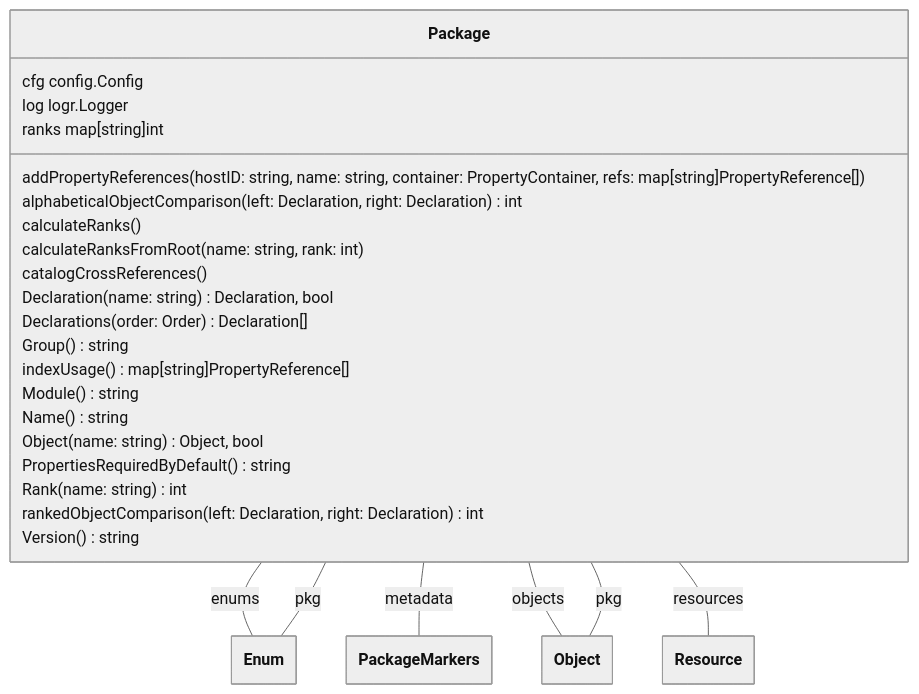
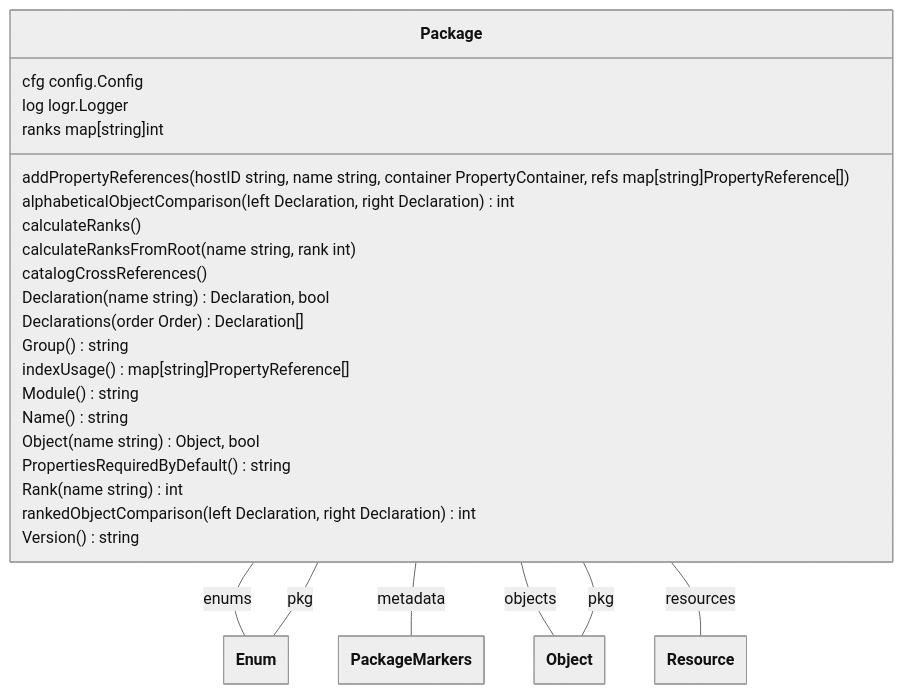
Before and after one commit to theunrepentantgeek/crddoc: the eighth of 17 diagrams in docs/model/model.md, drawn with Mermaid (neutral theme). The commit also changed other lines of this file, not shown here.

````diff
--- a/docs/model/model.md
+++ b/docs/model/model.md
@@ -430,48 +430,48 @@
 ```mermaid
 ---
   config:
     class:
       hideEmptyMembersBox: true
 ---
 classDiagram
 
 class Package["Package"]{  
       cfg config.Config  
       log logr.Logger  
       ranks map[string]int  
-      addPropertyReferences(hostID: string, name: string, container: PropertyContainer, refs: map[string]PropertyReference[])  
-      alphabeticalObjectComparison(left: Declaration, right: Declaration)int  
+      addPropertyReferences(hostID string, name string, container PropertyContainer, refs map[string]PropertyReference[])  
+      alphabeticalObjectComparison(left Declaration, right Declaration)int  
       calculateRanks()  
-      calculateRanksFromRoot(name: string, rank: int)  
+      calculateRanksFromRoot(name string, rank int)  
       catalogCrossReferences()  
-      Declaration(name: string)Declaration, bool  
-      Declarations(order: Order)Declaration[]  
+      Declaration(name string)Declaration, bool  
+      Declarations(order Order)Declaration[]  
       Group()string  
       indexUsage()map[string]PropertyReference[]  
       Module()string  
       Name()string  
-      Object(name: string)Object, bool  
+      Object(name string)Object, bool  
       PropertiesRequiredByDefault()string  
-      Rank(name: string)int  
-      rankedObjectComparison(left: Declaration, right: Declaration)int  
+      Rank(name string)int  
+      rankedObjectComparison(left Declaration, right Declaration)int  
       Version()string
 
 
 } 
 
 Enum -- Package : pkg 
 Object -- Package : pkg 
 
 Package -- Enum : enums 
 Package -- PackageMarkers : metadata 
 Package -- Object : objects 
 Package -- Resource : resources 
 
 class Enum["Enum"]
 class Object["Object"]
 class Enum["Enum"]
 class PackageMarkers["PackageMarkers"]
 class Object["Object"]
 class Resource["Resource"]
 
 ```
````
